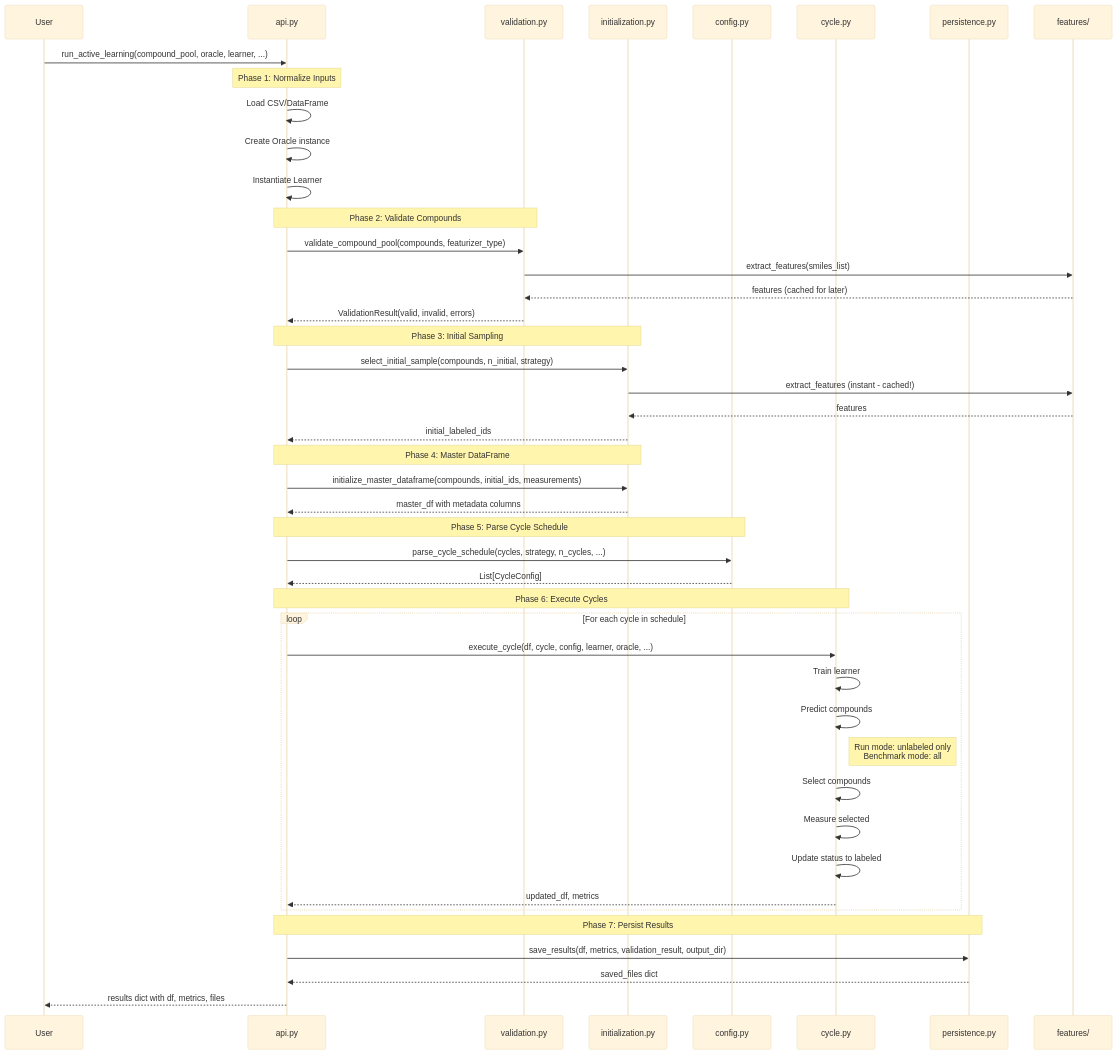
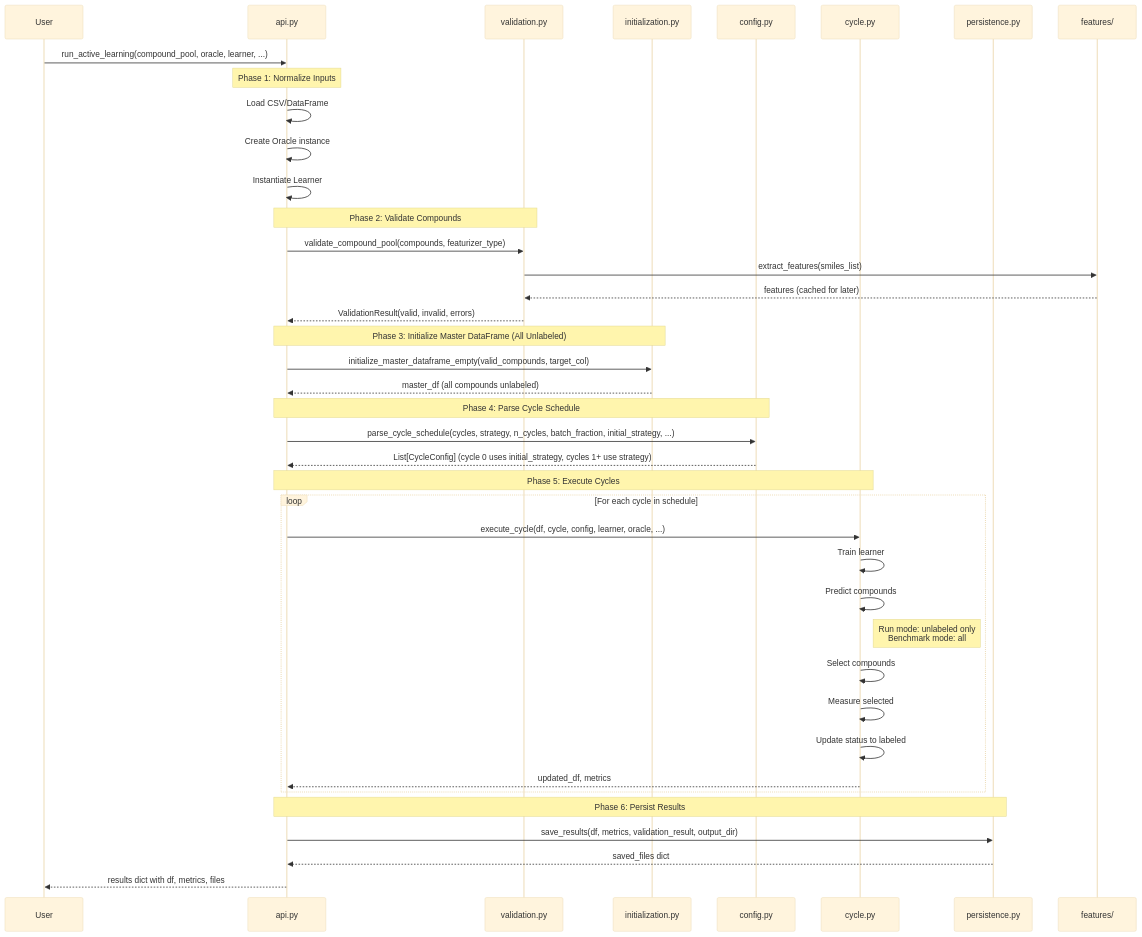
The second of 2 diagrams in ARCHITECTURE_V1.md (drugm8/LearnM8), drawn with Mermaid (base theme) before and after one commit. The commit also changed other lines of this file, not shown here.

Commit message:
Enhance evaluation architecture with a two-category metrics system and unify prediction logic for improved performance and clarity

````diff
--- a/ARCHITECTURE_V1.md
+++ b/ARCHITECTURE_V1.md
@@ -352,56 +355,50 @@
 ```mermaid
 sequenceDiagram
     participant User
     participant API as api.py
     participant VAL as validation.py
     participant INIT as initialization.py
     participant CFG as config.py
     participant CYC as cycle.py
     participant PERS as persistence.py
     participant FEAT as features/
 
     User->>API: run_active_learning(compound_pool, oracle, learner, ...)
 
     Note over API: Phase 1: Normalize Inputs
     API->>API: Load CSV/DataFrame
     API->>API: Create Oracle instance
     API->>API: Instantiate Learner
 
     Note over API,VAL: Phase 2: Validate Compounds
     API->>VAL: validate_compound_pool(compounds, featurizer_type)
     VAL->>FEAT: extract_features(smiles_list)
     FEAT-->>VAL: features (cached for later)
     VAL-->>API: ValidationResult(valid, invalid, errors)
 
-    Note over API,INIT: Phase 3: Initial Sampling
-    API->>INIT: select_initial_sample(compounds, n_initial, strategy)
-    INIT->>FEAT: extract_features (instant - cached!)
-    FEAT-->>INIT: features
-    INIT-->>API: initial_labeled_ids
+    Note over API,INIT: Phase 3: Initialize Master DataFrame (All Unlabeled)
+    API->>INIT: initialize_master_dataframe_empty(valid_compounds, target_col)
+    INIT-->>API: master_df (all compounds unlabeled)
 
-    Note over API,INIT: Phase 4: Master DataFrame
-    API->>INIT: initialize_master_dataframe(compounds, initial_ids, measurements)
-    INIT-->>API: master_df with metadata columns
+    Note over API,CFG: Phase 4: Parse Cycle Schedule
+    API->>CFG: parse_cycle_schedule(cycles, strategy, n_cycles, batch_fraction, initial_strategy, ...)
+    CFG-->>API: List[CycleConfig] (cycle 0 uses initial_strategy, cycles 1+ use strategy)
 
-    Note over API,CFG: Phase 5: Parse Cycle Schedule
-    API->>CFG: parse_cycle_schedule(cycles, strategy, n_cycles, ...)
-    CFG-->>API: List[CycleConfig]
-
-    Note over API,CYC: Phase 6: Execute Cycles
+    Note over API,CYC: Phase 5: Execute Cycles
     loop For each cycle in schedule
         API->>CYC: execute_cycle(df, cycle, config, learner, oracle, ...)
         CYC->>CYC: Train learner
         CYC->>CYC: Predict compounds
         Note right of CYC: Run mode: unlabeled only<br/>Benchmark mode: all
         CYC->>CYC: Select compounds
         CYC->>CYC: Measure selected
         CYC->>CYC: Update status to labeled
         CYC-->>API: updated_df, metrics
     end
 
-    Note over API,PERS: Phase 7: Persist Results
+    Note over API,PERS: Phase 6: Persist Results
     API->>PERS: save_results(df, metrics, validation_result, output_dir)
     PERS-->>API: saved_files dict
 
     API-->>User: results dict with df, metrics, files
 ```
````
